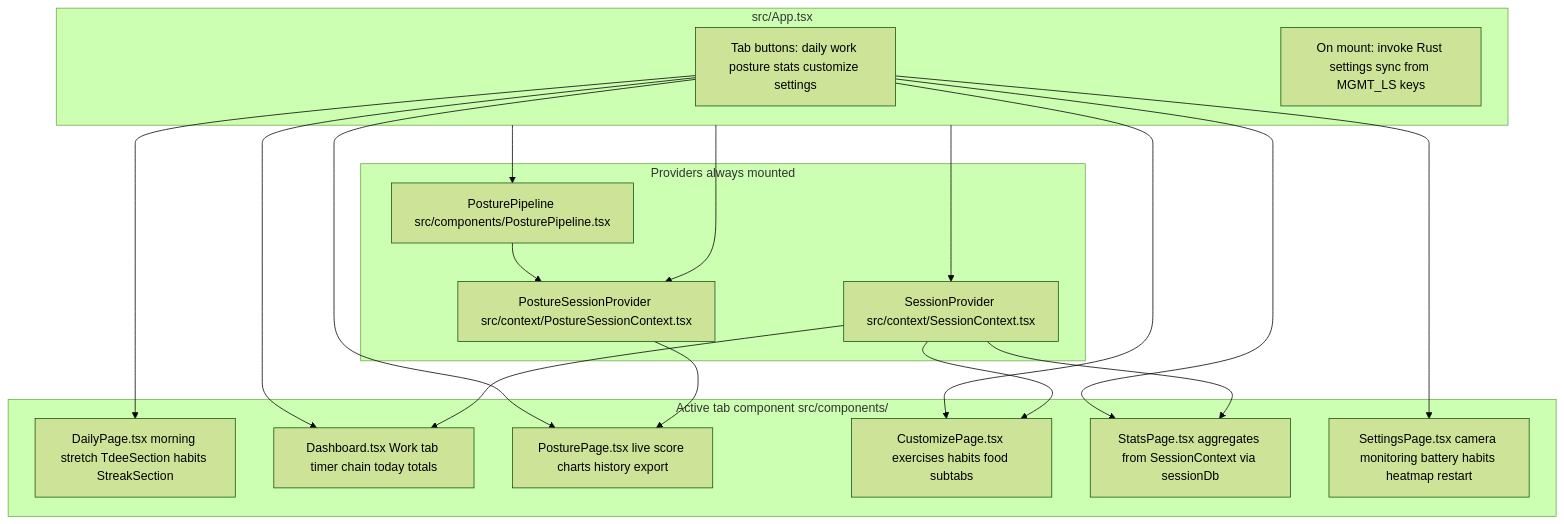
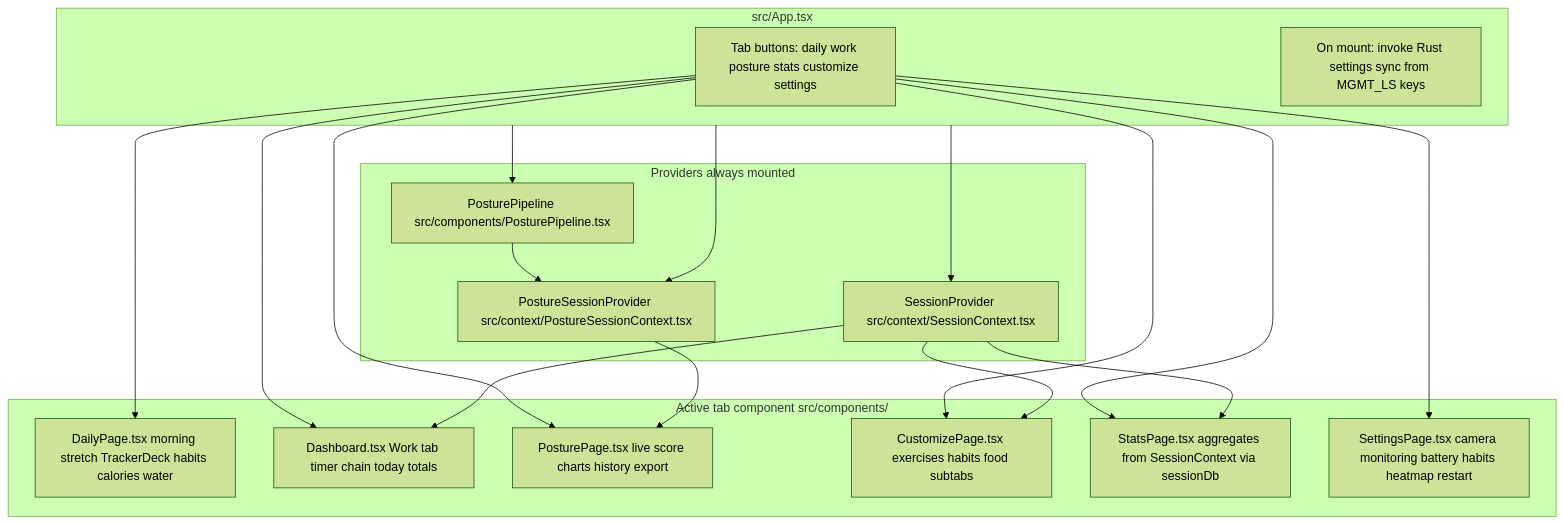
One commit to jdserenity/management changed the first of 3 diagrams in docs/ARCHITECTURE.md. Above: the diagram before and after it, drawn with Mermaid (forest theme). The commit also changed other lines of this file and 4 other files, not shown here.

Commit message:
Replace flat Daily tracker sections with a stacked card deck for habits, calories, and water.

````diff
--- a/docs/ARCHITECTURE.md
+++ b/docs/ARCHITECTURE.md
@@ -74,34 +75,34 @@
 ```mermaid
 flowchart TB
   subgraph app["src/App.tsx"]
     nav["Tab buttons: daily work posture stats customize settings"]
     boot["On mount: invoke Rust settings sync from MGMT_LS keys"]
   end
   subgraph providers["Providers always mounted"]
     SP["SessionProvider src/context/SessionContext.tsx"]
     PSP["PostureSessionProvider src/context/PostureSessionContext.tsx"]
     PL["PosturePipeline src/components/PosturePipeline.tsx"]
   end
   subgraph tabs["Active tab component src/components/"]
-    Daily["DailyPage.tsx morning stretch TdeeSection habits StreakSection"]
+    Daily["DailyPage.tsx morning stretch TrackerDeck habits calories water"]
     D["Dashboard.tsx Work tab timer chain today totals"]
     PPg["PosturePage.tsx live score charts history export"]
     CW["CustomizePage.tsx exercises habits food subtabs"]
     ST["StatsPage.tsx aggregates from SessionContext via sessionDb"]
     SE["SettingsPage.tsx camera monitoring battery habits heatmap restart"]
   end
   nav --> Daily
   nav --> D
   nav --> PPg
   nav --> CW
   nav --> ST
   nav --> SE
   app --> SP
   app --> PSP
   app --> PL
   SP --> D
   SP --> CW
   SP --> ST
   PSP --> PPg
   PL --> PSP
 ```
````
